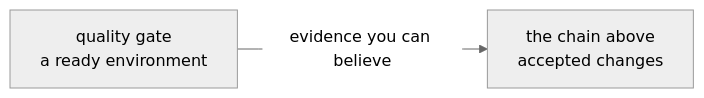
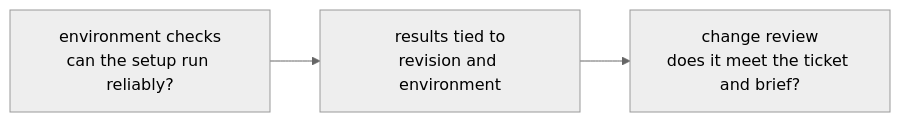
The second of 7 diagrams in README.md (jamesdwilson/james-opinionated-llm-development-framework), drawn with Mermaid (neutral theme) before and after one commit. The commit also changed other lines of this file and 16 other files, not shown here.

````diff
--- a/README.md
+++ b/README.md
@@ -71,4 +73,5 @@
 ```mermaid
 flowchart LR
-    QG["quality gate<br/>a ready environment"] -->|evidence you can believe| CH["the chain above<br/>accepted changes"]
+    QG["environment checks<br/>can the setup run reliably?"] --> E["results tied to<br/>revision and environment"]
+    E --> CH["change review<br/>does it meet the ticket and brief?"]
 ```
````
